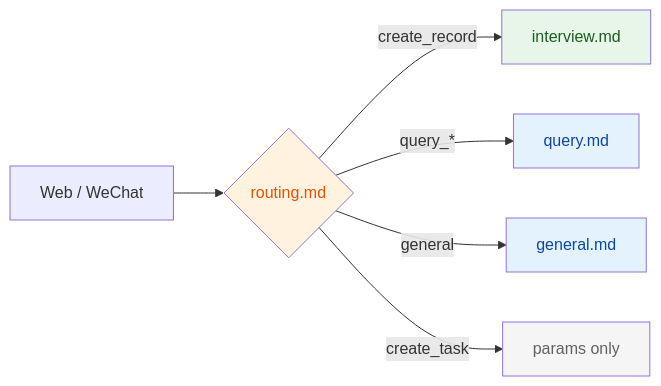
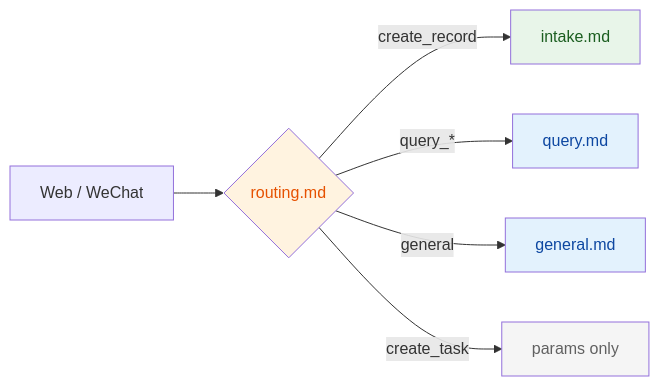
The second of 4 diagrams in src/agent/prompts/README.md (moments8890/doctor-ai-agent), drawn with Mermaid before and after one commit. The commit also changed other lines of this file and 337 other files, not shown here.

````diff
--- a/src/agent/prompts/README.md
+++ b/src/agent/prompts/README.md
@@ -76,14 +76,14 @@
 ```mermaid
 flowchart LR
   IN["Web / WeChat"] --> R{"routing.md"}
-  R -->|create_record| INT["interview.md"]
+  R -->|create_record| INT["intake.md"]
   R -->|query_*| QRY["query.md"]
   R -->|general| GEN["general.md"]
   R -->|create_task| CTK["params only"]
 
   style R fill:#fff3e0,color:#e65100
   style INT fill:#e8f5e9,color:#1b5e20
   style QRY fill:#e3f2fd,color:#0d47a1
   style GEN fill:#e3f2fd,color:#0d47a1
   style CTK fill:#f5f5f5,color:#616161
 ```
````
